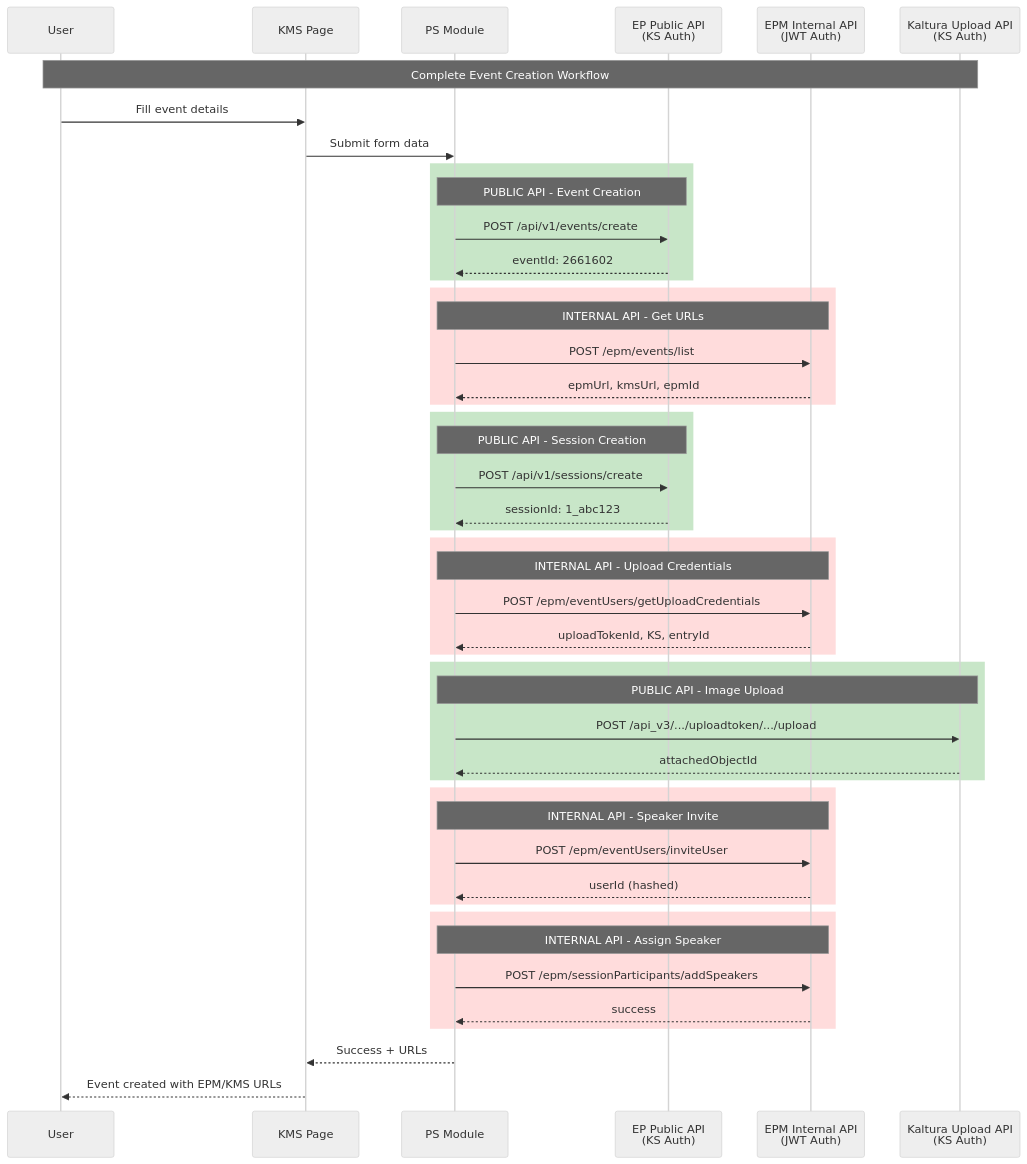
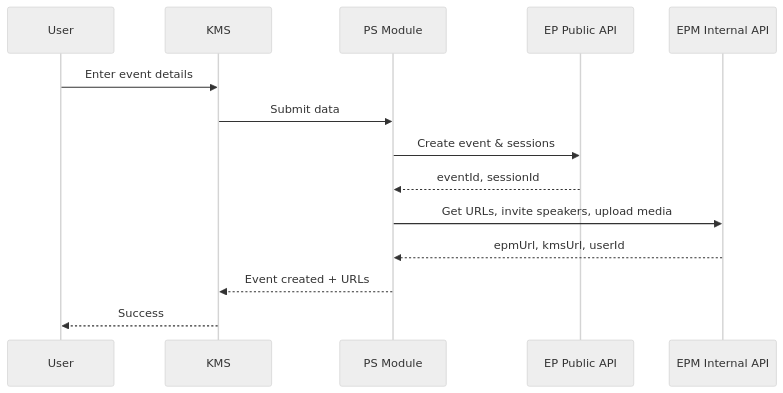
One commit to Tomcohen514/abm-in-a-box changed the second of 3 diagrams in README.md. Above: the diagram before and after it, drawn with Mermaid (neutral theme). The commit also changed other lines of this file, not shown here.

First line of the commit message:
Improve README: remove timelines, simplify diagrams, expand future improvements

````diff
--- a/README.md
+++ b/README.md
@@ -95,59 +68,20 @@
 ```mermaid
 sequenceDiagram
     participant User
-    participant KMS as KMS Page
+    participant KMS
     participant PS as PS Module
-    participant EPAPI as EP Public API<br/>(KS Auth)
-    participant EPMAPI as EPM Internal API<br/>(JWT Auth)
-    participant Upload as Kaltura Upload API<br/>(KS Auth)
+    participant EP as EP Public API
+    participant EPM as EPM Internal API
 
-    Note over User,Upload: Complete Event Creation Workflow
+    User->>KMS: Enter event details
+    KMS->>PS: Submit data
 
-    User->>KMS: Fill event details
-    KMS->>PS: Submit form data
+    PS->>EP: Create event & sessions
+    EP-->>PS: eventId, sessionId
 
-    rect rgb(200, 230, 200)
-        Note over PS,EPAPI: PUBLIC API - Event Creation
-        PS->>EPAPI: POST /api/v1/events/create
-        EPAPI-->>PS: eventId: 2661602
-    end
+    PS->>EPM: Get URLs, invite speakers, upload media
+    EPM-->>PS: epmUrl, kmsUrl, userId
 
-    rect rgb(255, 220, 220)
-        Note over PS,EPMAPI: INTERNAL API - Get URLs
-        PS->>EPMAPI: POST /epm/events/list
-        EPMAPI-->>PS: epmUrl, kmsUrl, epmId
-    end
-
-    rect rgb(200, 230, 200)
-        Note over PS,EPAPI: PUBLIC API - Session Creation
-        PS->>EPAPI: POST /api/v1/sessions/create
-        EPAPI-->>PS: sessionId: 1_abc123
-    end
-
-    rect rgb(255, 220, 220)
-        Note over PS,EPMAPI: INTERNAL API - Upload Credentials
-        PS->>EPMAPI: POST /epm/eventUsers/getUploadCredentials
-        EPMAPI-->>PS: uploadTokenId, KS, entryId
-    end
-
-    rect rgb(200, 230, 200)
-        Note over PS,Upload: PUBLIC API - Image Upload
-        PS->>Upload: POST /api_v3/.../uploadtoken/.../upload
-        Upload-->>PS: attachedObjectId
-    end
-
-    rect rgb(255, 220, 220)
-        Note over PS,EPMAPI: INTERNAL API - Speaker Invite
-        PS->>EPMAPI: POST /epm/eventUsers/inviteUser
-        EPMAPI-->>PS: userId (hashed)
-    end
-
-    rect rgb(255, 220, 220)
-        Note over PS,EPMAPI: INTERNAL API - Assign Speaker
-        PS->>EPMAPI: POST /epm/sessionParticipants/addSpeakers
-        EPMAPI-->>PS: success
-    end
-
-    PS-->>KMS: Success + URLs
-    KMS-->>User: Event created with EPM/KMS URLs
+    PS-->>KMS: Event created + URLs
+    KMS-->>User: Success
 ```
````
